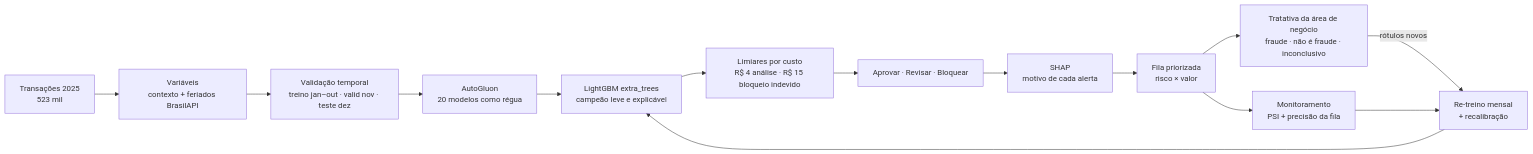
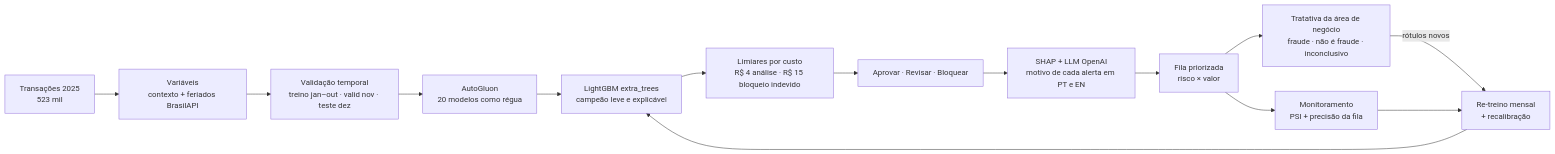
Before and after one commit to Isabel-Valentim/Fraud-Auto-ML: the diagram in README.md, drawn with Mermaid. The commit also changed other lines of this file and 34 other files, not shown here.

````diff
--- a/README.md
+++ b/README.md
@@ -26,16 +30,16 @@
 ```mermaid
 flowchart LR
     A[Transações 2025<br/>523 mil] --> B[Variáveis<br/>contexto + feriados BrasilAPI]
     B --> C[Validação temporal<br/>treino jan–out · valid nov · teste dez]
     C --> D[AutoGluon<br/>20 modelos como régua]
     D --> E[LightGBM extra_trees<br/>campeão leve e explicável]
     E --> F[Limiares por custo<br/>R$ 4 análise · R$ 15 bloqueio indevido]
     F --> G[Aprovar · Revisar · Bloquear]
-    G --> H[SHAP<br/>motivo de cada alerta]
+    G --> H[SHAP + LLM OpenAI<br/>motivo de cada alerta em PT e EN]
     H --> I[Fila priorizada<br/>risco × valor]
     I --> J[Tratativa da área de negócio<br/>fraude · não é fraude · inconclusivo]
     J -->|rótulos novos| K[Re-treino mensal<br/>+ recalibração]
     K --> E
     I --> L[Monitoramento<br/>PSI + precisão da fila]
     L --> K
 ```
````
